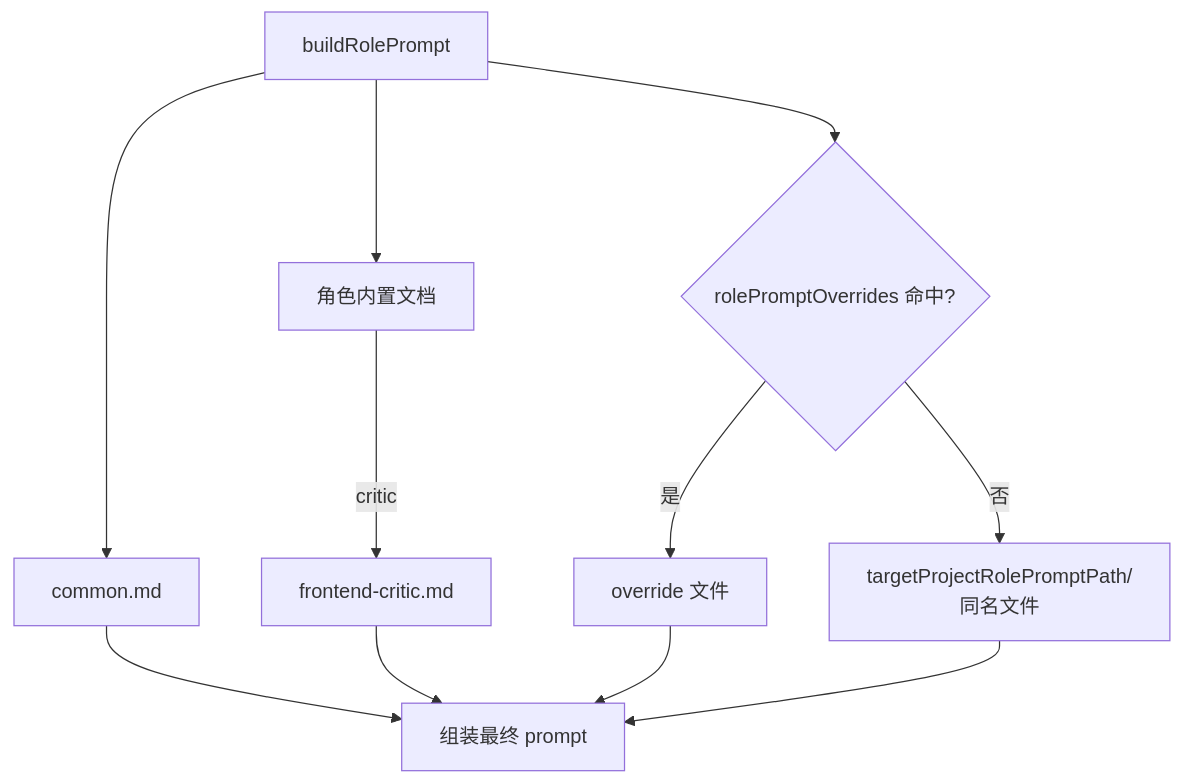
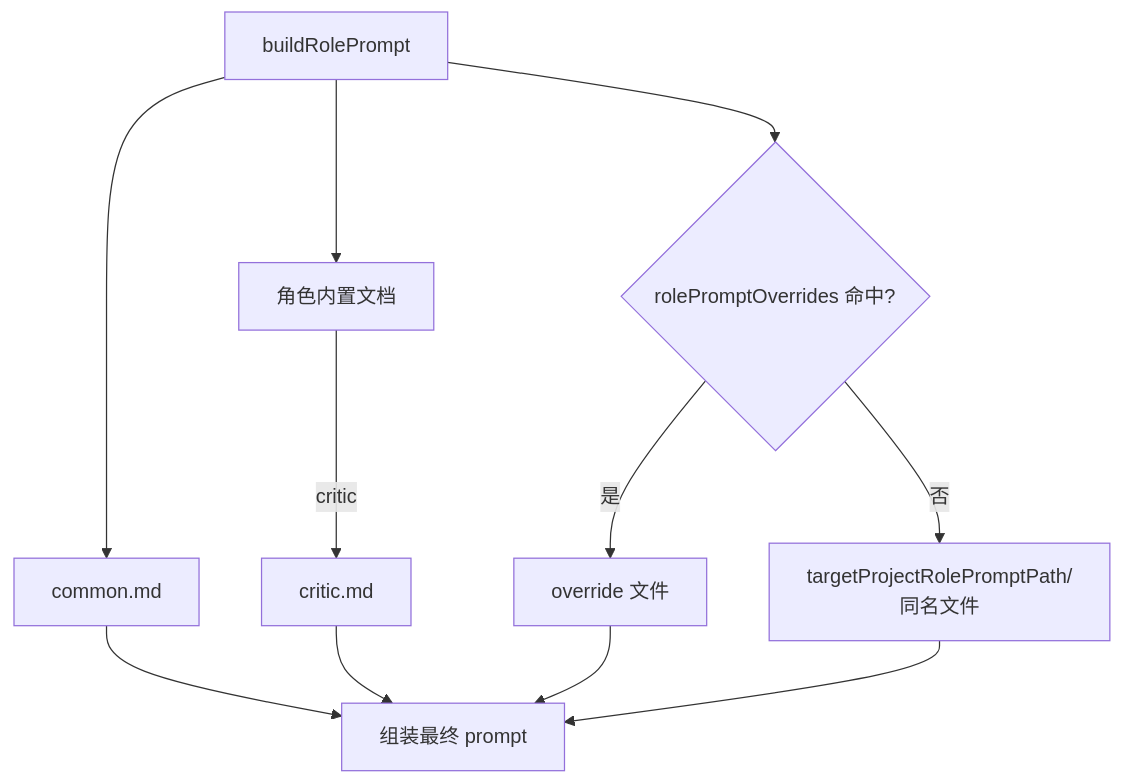
Before and after one commit to AryzingKhaos/AegisFlow: the fifth of 10 diagrams in roleflow/implementation/0.1.0/delivery/default-workflow-role-layer-code-walkthrough.md, drawn with Mermaid. The commit also changed other lines of this file and 17 other files, not shown here.

Commit message:
feat: add README.md and change frontend-critic to critic

````diff
--- a/roleflow/implementation/0.1.0/delivery/default-workflow-role-layer-code-walkthrough.md
+++ b/roleflow/implementation/0.1.0/delivery/default-workflow-role-layer-code-walkthrough.md
@@ -182,13 +182,13 @@
 ```mermaid
 flowchart TD
     A[buildRolePrompt] --> B[common.md]
     A --> C[角色内置文档]
-    C -->|critic| D[frontend-critic.md]
+    C -->|critic| D[critic.md]
     A --> E{rolePromptOverrides 命中?}
     E -->|是| F[override 文件]
     E -->|否| G[targetProjectRolePromptPath/同名文件]
     B --> H[组装最终 prompt]
     D --> H
     F --> H
     G --> H
 ```
````
